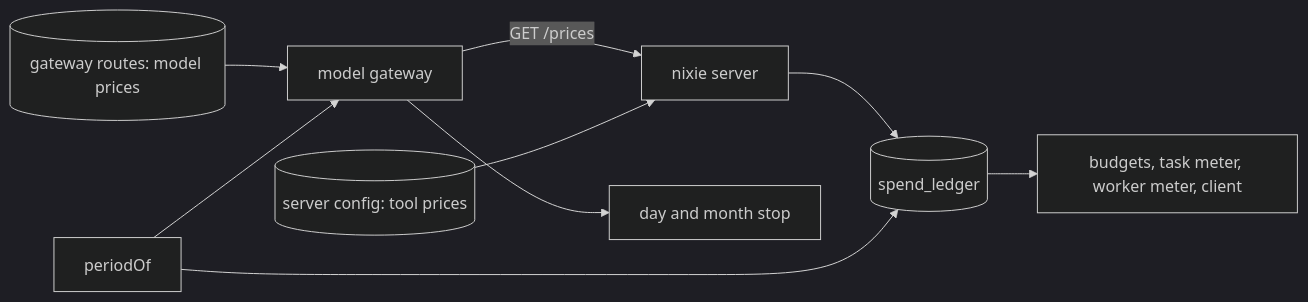
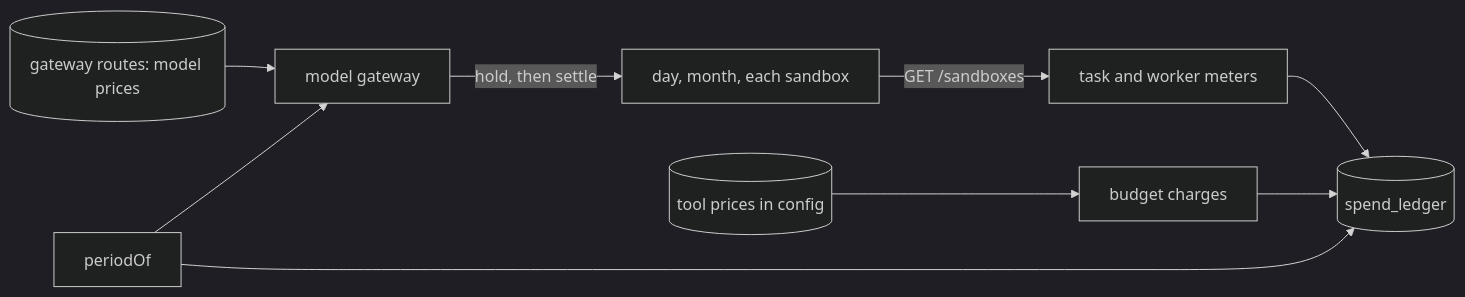
The diagram in docs/design/queue/metering.md (zgeoff/nixie), drawn with Mermaid (dark theme) before and after one commit. The commit also changed other lines of this file, not shown here.

````diff
--- a/docs/design/queue/metering.md
+++ b/docs/design/queue/metering.md
@@ -24,11 +25,11 @@
 ```mermaid
 flowchart LR
-  gwcfg[(gateway routes: model prices)] --> gw[model gateway]
-  gw -->|"GET /prices"| server[nixie server]
-  srvcfg[(server config: tool prices)] --> server
-  gw --> stop[day and month stop]
-  server --> ledger[(spend_ledger)]
-  period[periodOf] --> ledger
-  period --> gw
-  ledger --> readers[budgets, task meter, worker meter, client]
+  routes[(gateway routes: model prices)] --> gw[model gateway]
+  gw -->|"hold, then settle"| periods[day, month, each sandbox]
+  periods -->|"GET /sandboxes"| meter[task and worker meters]
+  tools[(tool prices in config)] --> charge[budget charges]
+  meter --> ledger[(spend_ledger)]
+  charge --> ledger
+  period[periodOf] --> gw
+  period --> ledger
 ```
````
